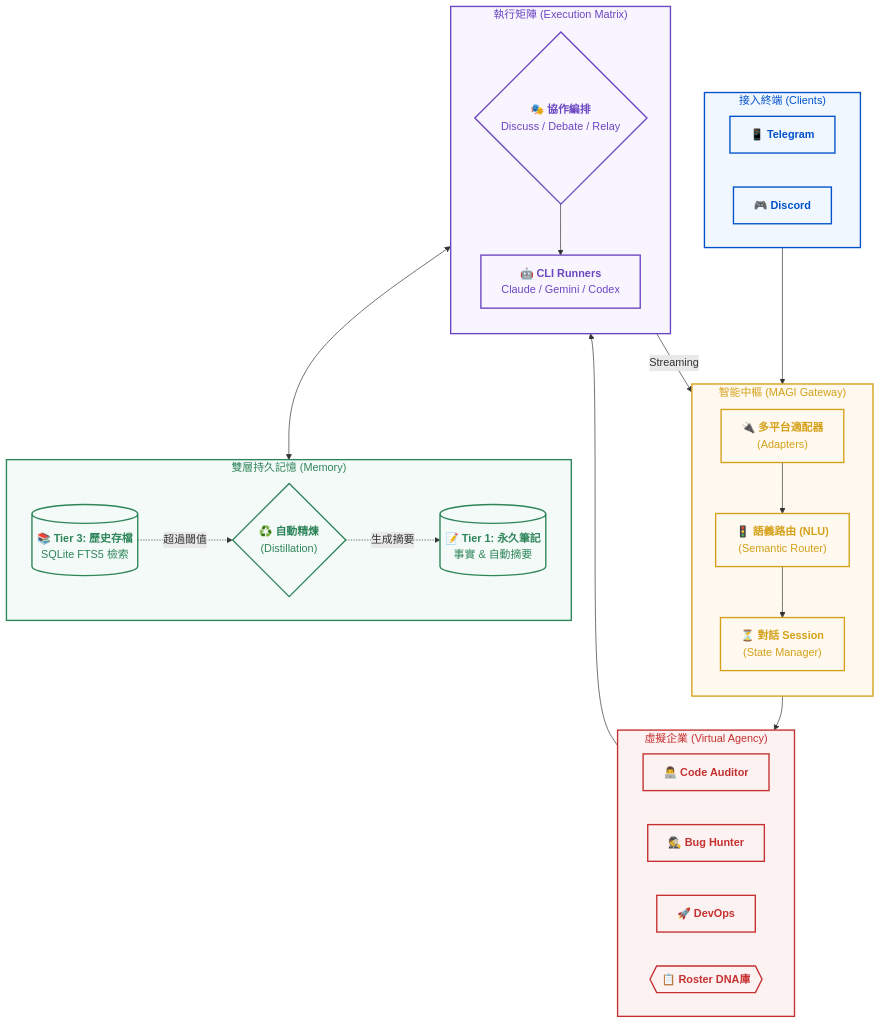
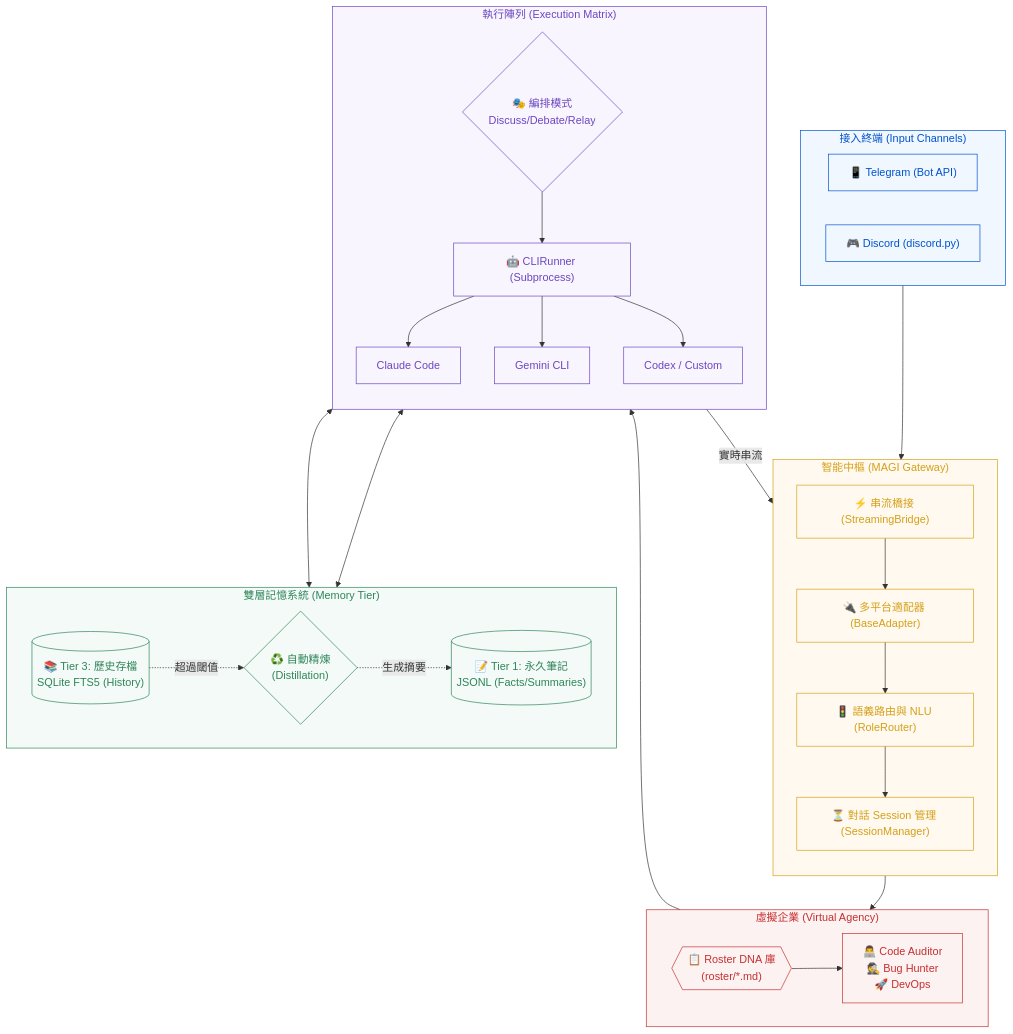
One commit to nchiyi/mini_agent_team changed the diagram in README.zh-TW.md. Above: the diagram before and after it, drawn with Mermaid. The commit also changed other lines of this file and 1 other file, not shown here.

````diff
--- a/README.zh-TW.md
+++ b/README.zh-TW.md
@@ -11,63 +11,67 @@
 ```mermaid
 flowchart TB
-    %% 外部平台
-    subgraph Clients ["接入終端 (Clients)"]
-        TG["📱 <b>Telegram</b>"]
-        DC["🎮 <b>Discord</b>"]
+    subgraph Clients ["接入終端 (Input Channels)"]
+        TG["📱 Telegram (Bot API)"]
+        DC["🎮 Discord (discord.py)"]
     end
     
     subgraph Gateway ["智能中樞 (MAGI Gateway)"]
         direction TB
-        Adapter["🔌 <b>多平台適配器</b><br/>(Adapters)"]
-        Router["🚦 <b>語義路由 (NLU)</b><br/>(Semantic Router)"]
-        Session["⏳ <b>對話 Session</b><br/>(State Manager)"]
+        Adapter["🔌 多平台適配器 (BaseAdapter)"]
+        Router["🚦 語義路由與 NLU (RoleRouter)"]
+        Session["⏳ 對話 Session 管理 (SessionManager)"]
+        Bridge["⚡ 串流橋接 (StreamingBridge)"]
     end
 
     subgraph Agency ["虛擬企業 (Virtual Agency)"]
         direction LR
-        Role1["👨‍💻 <b>Code Auditor</b>"]
-        Role2["🕵️ <b>Bug Hunter</b>"]
-        Role3["🚀 <b>DevOps</b>"]
-        Roster{{"📋 <b>Roster DNA庫</b>"}}
+        Roster{{"📋 Roster DNA 庫<br/>(roster/*.md)"}}
+        Roles["👨‍💻 Code Auditor<br/>🕵️ Bug Hunter<br/>🚀 DevOps"]
     end
 
-    subgraph Memory ["雙層持久記憶 (Memory)"]
+    subgraph Memory ["雙層記憶系統 (Memory Tier)"]
         direction LR
-        T1[("📝 <b>Tier 1: 永久筆記</b><br/>事實 & 自動摘要")]
-        T3[("📚 <b>Tier 3: 歷史存檔</b><br/>SQLite FTS5 檢索")]
-        Distill{"♻️ <b>自動精煉</b><br/>(Distillation)"}
+        T1[("📝 Tier 1: 永久筆記<br/>JSONL (Facts/Summaries)")]
+        T3[("📚 Tier 3: 歷史存檔<br/>SQLite FTS5 (History)")]
+        Distill{"♻️ 自動精煉<br/>(Distillation)"}
     end
 
-    subgraph Execution ["執行矩陣 (Execution Matrix)"]
+    subgraph Runners ["執行陣列 (Execution Matrix)"]
         direction TB
-        Orchestrator{"🎭 <b>協作編排</b><br/>Discuss / Debate / Relay"}
-        Runner["🤖 <b>CLI Runners</b><br/>Claude / Gemini / Codex"]
+        Orchestrator{"🎭 編排模式<br/>Discuss/Debate/Relay"}
+        CR["🤖 CLIRunner (Subprocess)"]
+        CL["Claude Code"]
+        GM["Gemini CLI"]
+        CX["Codex / Custom"]
     end
 
     %% 連接線
     Clients --> Adapter
     Adapter --> Router
     Router --> Session
     Session --> Roster
-    Roster --> Orchestrator
-    Orchestrator <--> Memory
-    Orchestrator --> Runner
+    Roster --> Roles
+    Roles --> Orchestrator
     
+    Orchestrator <--> T1 & T3
     T3 -.->|超過閾值| Distill
     Distill -.->|生成摘要| T1
 
-    Runner -- "Streaming" --> Adapter
+    Orchestrator --> CR
+    CR --> CL & GM & CX
+    CR -- "實時串流" --> Bridge
+    Bridge --> Adapter
 
     %% 樣式美化
-    classDef platform fill:#f0f7ff,stroke:#0052cc,color:#0052cc,stroke-width:2px
-    classDef magi fill:#fff9f0,stroke:#d4a017,color:#d4a017,stroke-width:2px
-    classDef agency fill:#fdf2f2,stroke:#c53030,color:#c53030,stroke-width:2px
-    classDef memory fill:#f3faf7,stroke:#2f855a,color:#2f855a,stroke-width:2px
-    classDef exec fill:#f9f5ff,stroke:#6b46c1,color:#6b46c1,stroke-width:2px
+    classDef platform fill:#f0f7ff,stroke:#0052cc,color:#0052cc
+    classDef magi fill:#fff9f0,stroke:#d4a017,color:#d4a017
+    classDef agency fill:#fdf2f2,stroke:#c53030,color:#c53030
+    classDef memory fill:#f3faf7,stroke:#2f855a,color:#2f855a
+    classDef exec fill:#f9f5ff,stroke:#6b46c1,color:#6b46c1
     
     class Clients,TG,DC platform
-    class Gateway,Adapter,Router,Session magi
-    class Agency,Role1,Role2,Role3,Roster agency
+    class Gateway,Adapter,Router,Session,Bridge magi
+    class Agency,Roster,Roles agency
     class Memory,T1,T3,Distill memory
-    class Execution,Orchestrator,Runner exec
+    class Runners,Orchestrator,CR,CL,GM,CX exec
 ```
````
